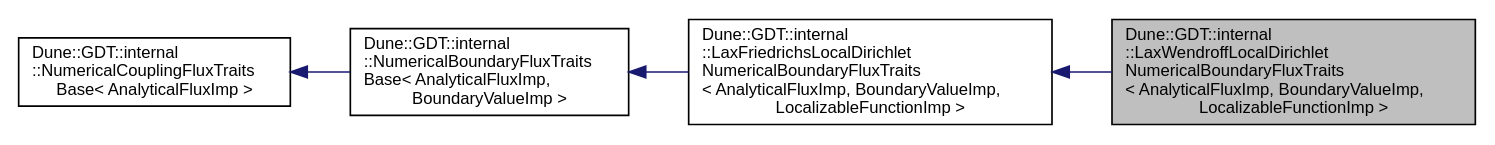
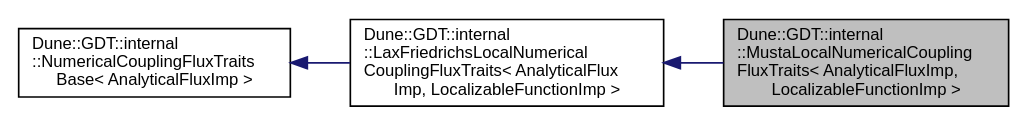
One commit to dune-community/dune-community.github.io changed the diagram in docs/dune-gdt/''/a01290.dot. Above: the diagram before and after it, drawn with Graphviz. The commit also changed 2733 other files, not shown here.

Commit message:
Updated documentation for dune-gdt ''

```diff
--- a/docs/dune-gdt/''/a01290.dot
+++ b/docs/dune-gdt/''/a01290.dot
@@ -1,13 +1,11 @@
-digraph "Dune::GDT::internal::LaxWendroffLocalDirichletNumericalBoundaryFluxTraits&lt; AnalyticalFluxImp, BoundaryValueImp, LocalizableFunctionImp &gt;"
+digraph "Dune::GDT::internal::MustaLocalNumericalCouplingFluxTraits&lt; AnalyticalFluxImp, LocalizableFunctionImp &gt;"
 {
   edge [fontname="Helvetica",fontsize="10",labelfontname="Helvetica",labelfontsize="10"];
   node [fontname="Helvetica",fontsize="10",shape=record];
   rankdir="LR";
-  Node0 [label="Dune::GDT::internal\l::LaxWendroffLocalDirichlet\lNumericalBoundaryFluxTraits\l\< AnalyticalFluxImp, BoundaryValueImp,\l LocalizableFunctionImp \>",height=0.2,width=0.4,color="black", fillcolor="grey75", style="filled", fontcolor="black"];
+  Node0 [label="Dune::GDT::internal\l::MustaLocalNumericalCoupling\lFluxTraits\< AnalyticalFluxImp,\l LocalizableFunctionImp \>",height=0.2,width=0.4,color="black", fillcolor="grey75", style="filled", fontcolor="black"];
   Node1 -> Node0 [dir="back",color="midnightblue",fontsize="10",style="solid",fontname="Helvetica"];
-  Node1 [label="Dune::GDT::internal\l::LaxFriedrichsLocalDirichlet\lNumericalBoundaryFluxTraits\l\< AnalyticalFluxImp, BoundaryValueImp,\l LocalizableFunctionImp \>",height=0.2,width=0.4,color="black", fillcolor="white", style="filled",URL="$a01263.html"];
+  Node1 [label="Dune::GDT::internal\l::LaxFriedrichsLocalNumerical\lCouplingFluxTraits\< AnalyticalFlux\lImp, LocalizableFunctionImp \>",height=0.2,width=0.4,color="black", fillcolor="white", style="filled",URL="$a01243.html"];
   Node2 -> Node1 [dir="back",color="midnightblue",fontsize="10",style="solid",fontname="Helvetica"];
-  Node2 [label="Dune::GDT::internal\l::NumericalBoundaryFluxTraits\lBase\< AnalyticalFluxImp,\l BoundaryValueImp \>",height=0.2,width=0.4,color="black", fillcolor="white", style="filled",URL="$a01123.html"];
-  Node3 -> Node2 [dir="back",color="midnightblue",fontsize="10",style="solid",fontname="Helvetica"];
-  Node3 [label="Dune::GDT::internal\l::NumericalCouplingFluxTraits\lBase\< AnalyticalFluxImp \>",height=0.2,width=0.4,color="black", fillcolor="white", style="filled",URL="$a01119.html"];
+  Node2 [label="Dune::GDT::internal\l::NumericalCouplingFluxTraits\lBase\< AnalyticalFluxImp \>",height=0.2,width=0.4,color="black", fillcolor="white", style="filled",URL="$a01119.html"];
 }
```
